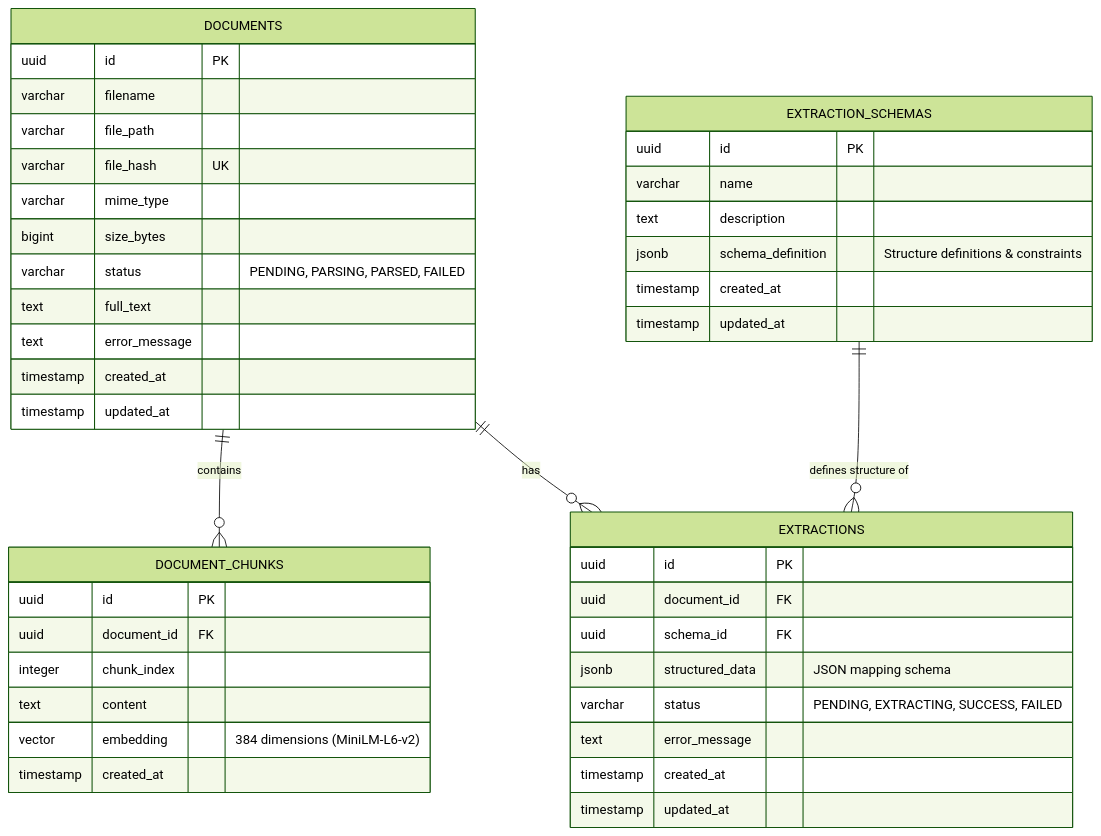
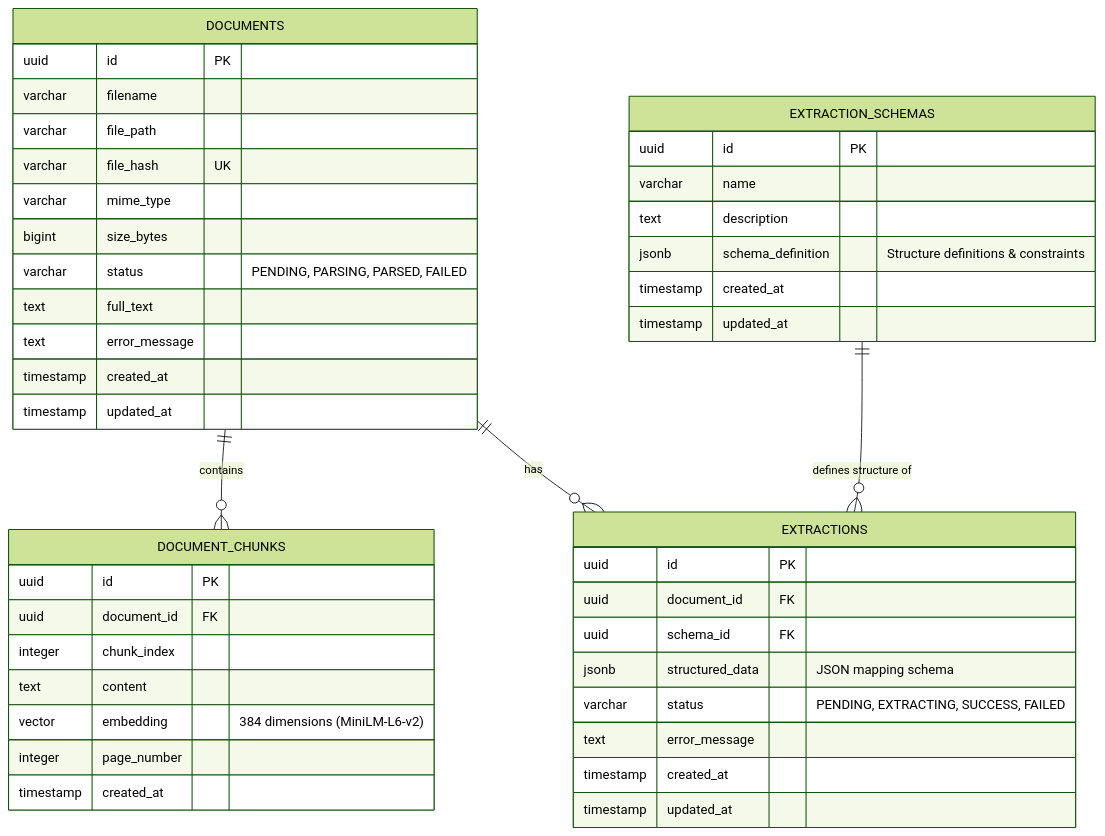
One commit to TarequeSyed/DocFlow-Ai changed the diagram in docs/Database.md. Above: the diagram before and after it, drawn with Mermaid (forest theme). The commit also changed other lines of this file and 8 other files, not shown here.

````diff
--- a/docs/Database.md
+++ b/docs/Database.md
@@ -18,49 +18,50 @@
 ```mermaid
 erDiagram
     DOCUMENTS ||--o{ DOCUMENT_CHUNKS : "contains"
     DOCUMENTS ||--o{ EXTRACTIONS : "has"
     EXTRACTION_SCHEMAS ||--o{ EXTRACTIONS : "defines structure of"
 
     DOCUMENTS {
         uuid id PK
         varchar filename
         varchar file_path
         varchar file_hash UK
         varchar mime_type
         bigint size_bytes
         varchar status "PENDING, PARSING, PARSED, FAILED"
         text full_text
         text error_message
         timestamp created_at
         timestamp updated_at
     }
 
     DOCUMENT_CHUNKS {
         uuid id PK
         uuid document_id FK
         integer chunk_index
         text content
         vector embedding "384 dimensions (MiniLM-L6-v2)"
+        integer page_number
         timestamp created_at
     }
 
     EXTRACTION_SCHEMAS {
         uuid id PK
         varchar name
         text description
         jsonb schema_definition "Structure definitions & constraints"
         timestamp created_at
         timestamp updated_at
     }
 
     EXTRACTIONS {
         uuid id PK
         uuid document_id FK
         uuid schema_id FK
         jsonb structured_data "JSON mapping schema"
         varchar status "PENDING, EXTRACTING, SUCCESS, FAILED"
         text error_message
         timestamp created_at
         timestamp updated_at
     }
 ```
````
